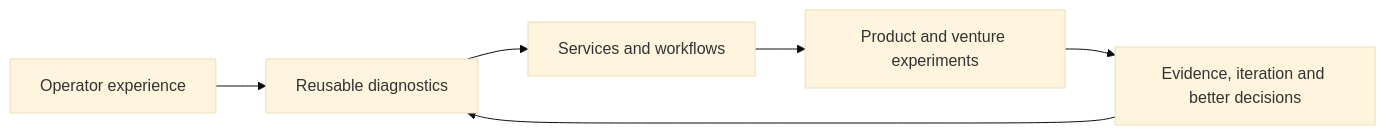
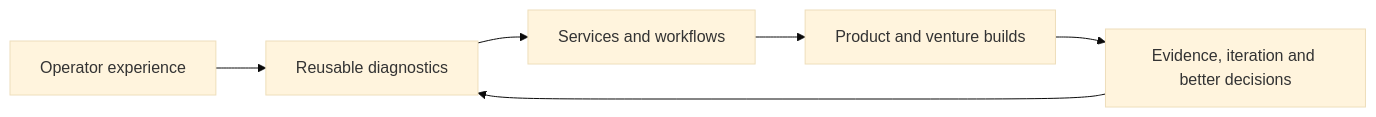
One commit to christopher-swarup-labs/portfolio-index changed the diagram in ENTREPRENEUR-JOURNEY.md. Above: the diagram before and after it, drawn with Mermaid (base theme). The commit also changed other lines of this file, not shown here.

Commit message:
Position ThinkBud as the main venture build

````diff
--- a/ENTREPRENEUR-JOURNEY.md
+++ b/ENTREPRENEUR-JOURNEY.md
@@ -15,8 +23,8 @@
 ```mermaid
 flowchart LR
     A[Operator experience] --> B[Reusable diagnostics]
     B --> C[Services and workflows]
-    C --> D[Product and venture experiments]
+    C --> D[Product and venture builds]
     D --> E[Evidence, iteration and better decisions]
     E --> B
 ```
````
